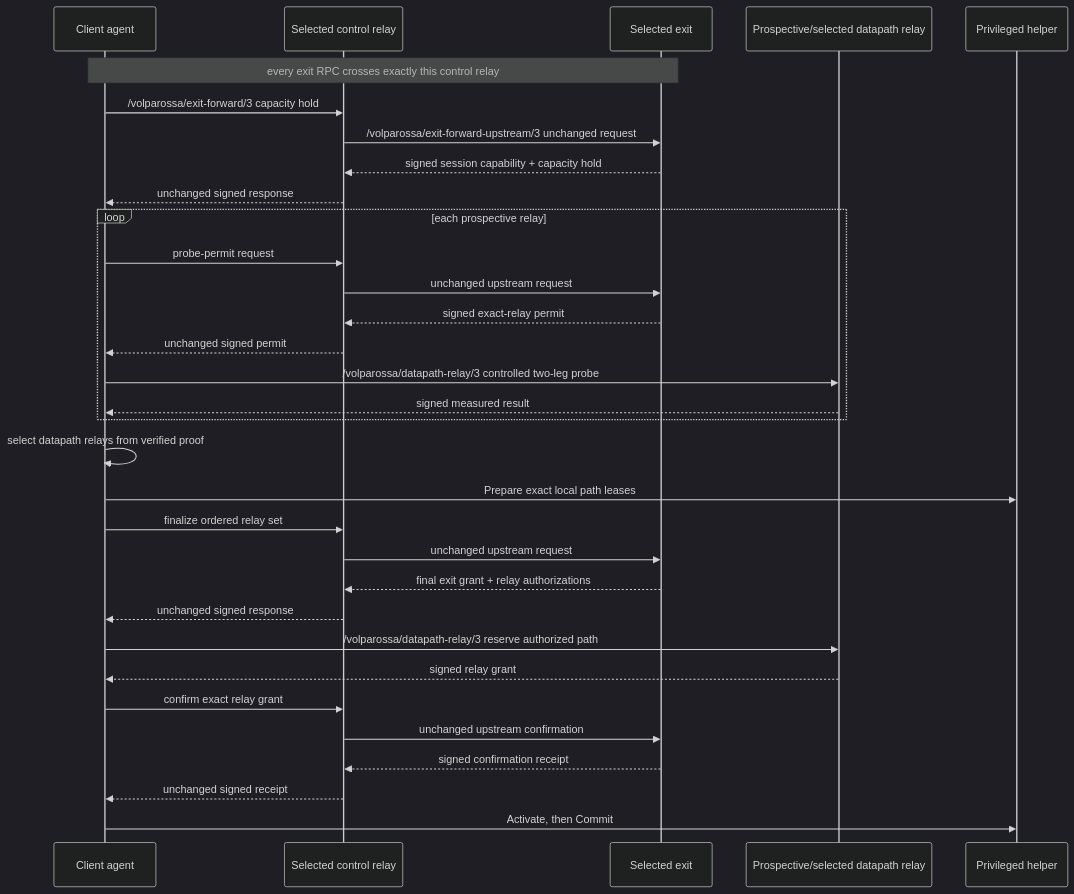
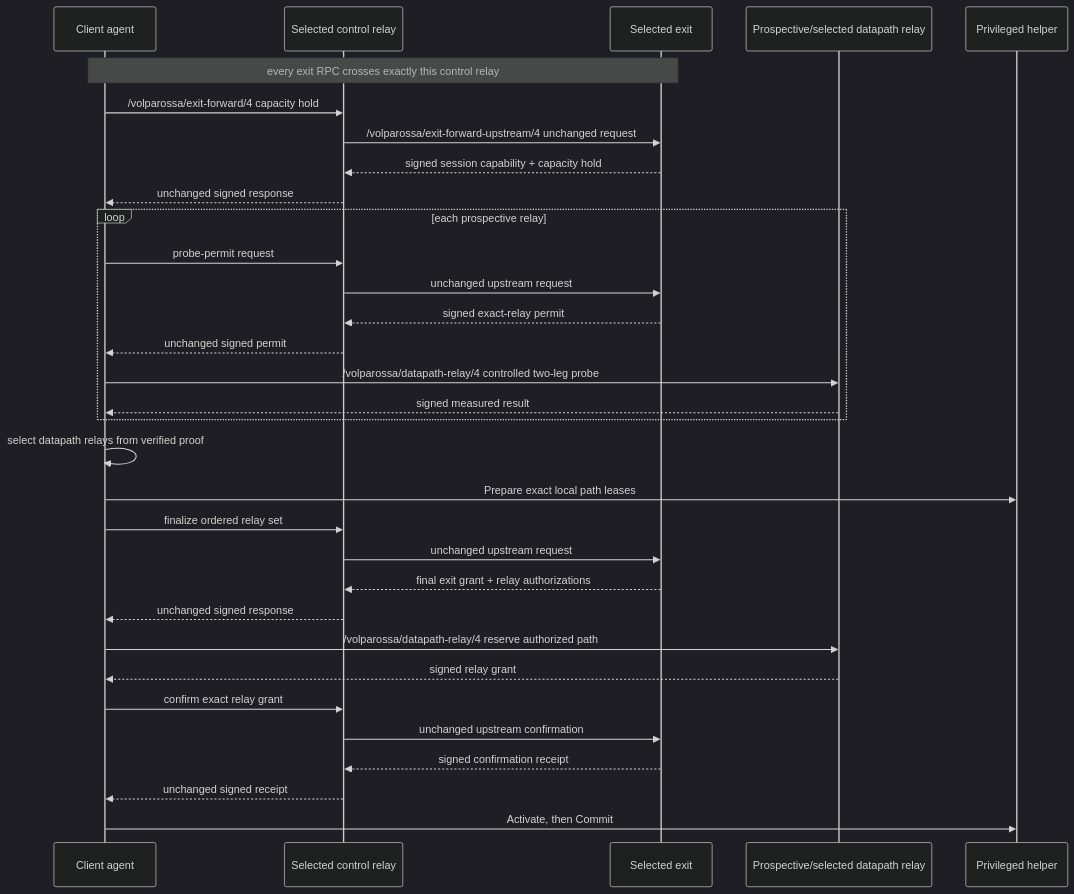
The third of 9 diagrams in docs/ARCHITECTURE.md (VOLPAROSSA/volparossa), drawn with Mermaid (dark theme) before and after one commit. The commit also changed other lines of this file and 46 other files, not shown here.

````diff
--- a/docs/ARCHITECTURE.md
+++ b/docs/ARCHITECTURE.md
@@ -73,34 +73,34 @@
 ```mermaid
 sequenceDiagram
     participant C as Client agent
     participant CR as Selected control relay
     participant E as Selected exit
     participant R as Prospective/selected datapath relay
     participant H as Privileged helper
     Note over C,E: every exit RPC crosses exactly this control relay
-    C->>CR: /volparossa/exit-forward/3 capacity hold
-    CR->>E: /volparossa/exit-forward-upstream/3 unchanged request
+    C->>CR: /volparossa/exit-forward/4 capacity hold
+    CR->>E: /volparossa/exit-forward-upstream/4 unchanged request
     E-->>CR: signed session capability + capacity hold
     CR-->>C: unchanged signed response
     loop each prospective relay
         C->>CR: probe-permit request
         CR->>E: unchanged upstream request
         E-->>CR: signed exact-relay permit
         CR-->>C: unchanged signed permit
-        C->>R: /volparossa/datapath-relay/3 controlled two-leg probe
+        C->>R: /volparossa/datapath-relay/4 controlled two-leg probe
         R-->>C: signed measured result
     end
     C->>C: select datapath relays from verified proof
     C->>H: Prepare exact local path leases
     C->>CR: finalize ordered relay set
     CR->>E: unchanged upstream request
     E-->>CR: final exit grant + relay authorizations
     CR-->>C: unchanged signed response
-    C->>R: /volparossa/datapath-relay/3 reserve authorized path
+    C->>R: /volparossa/datapath-relay/4 reserve authorized path
     R-->>C: signed relay grant
     C->>CR: confirm exact relay grant
     CR->>E: unchanged upstream confirmation
     E-->>CR: signed confirmation receipt
     CR-->>C: unchanged signed receipt
     C->>H: Activate, then Commit
 ```
````
